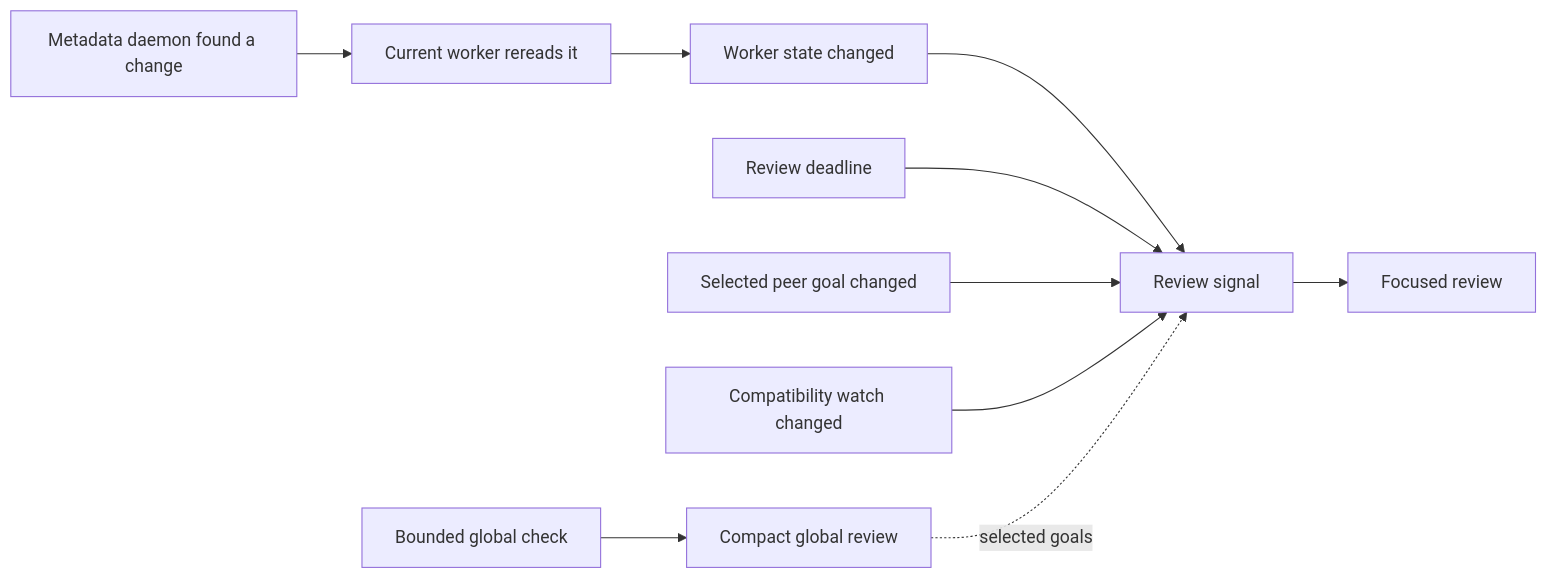
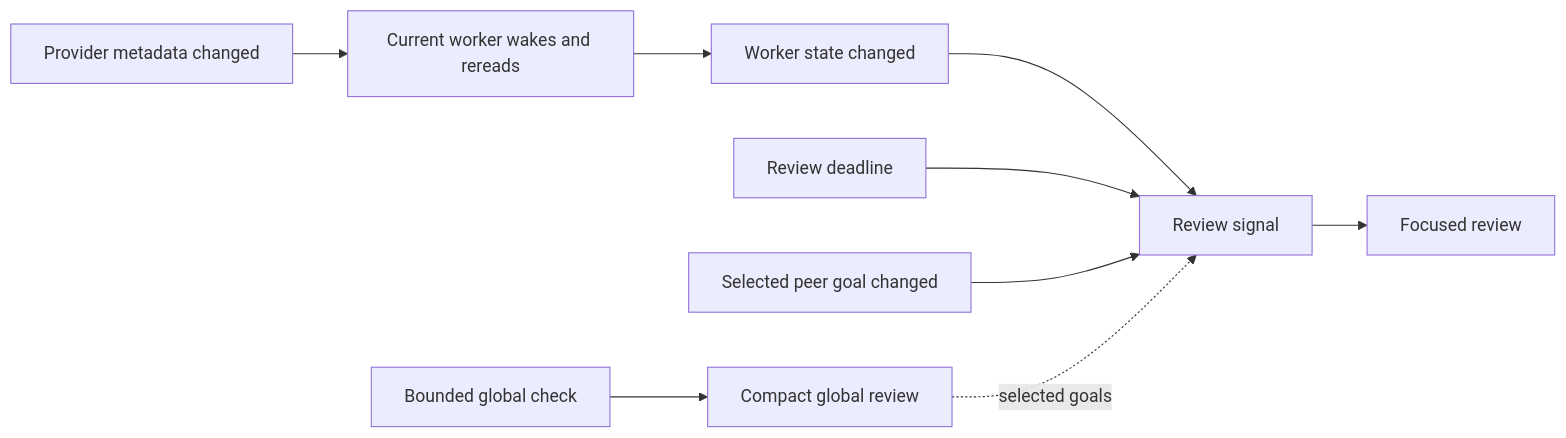
The second of 4 diagrams in docs/design.md (hao1939/herdr-supervisor), drawn with Mermaid before and after one commit. The commit also changed other lines of this file and 24 other files, not shown here.

````diff
--- a/docs/design.md
+++ b/docs/design.md
@@ -116,12 +116,11 @@
 ```mermaid
 flowchart LR
     A[Worker state changed] --> Q[Review signal]
     B[Review deadline] --> Q
     C[Selected peer goal changed] --> Q
-    D[Compatibility watch changed] --> Q
-    M[Metadata daemon found a change] --> W[Current worker rereads it]
+    D[Provider metadata changed] --> W[Current worker wakes and rereads]
     W --> A
     Q --> R[Focused review]
     E[Bounded global check] --> G[Compact global review]
     G -. selected goals .-> Q
 ```
````
